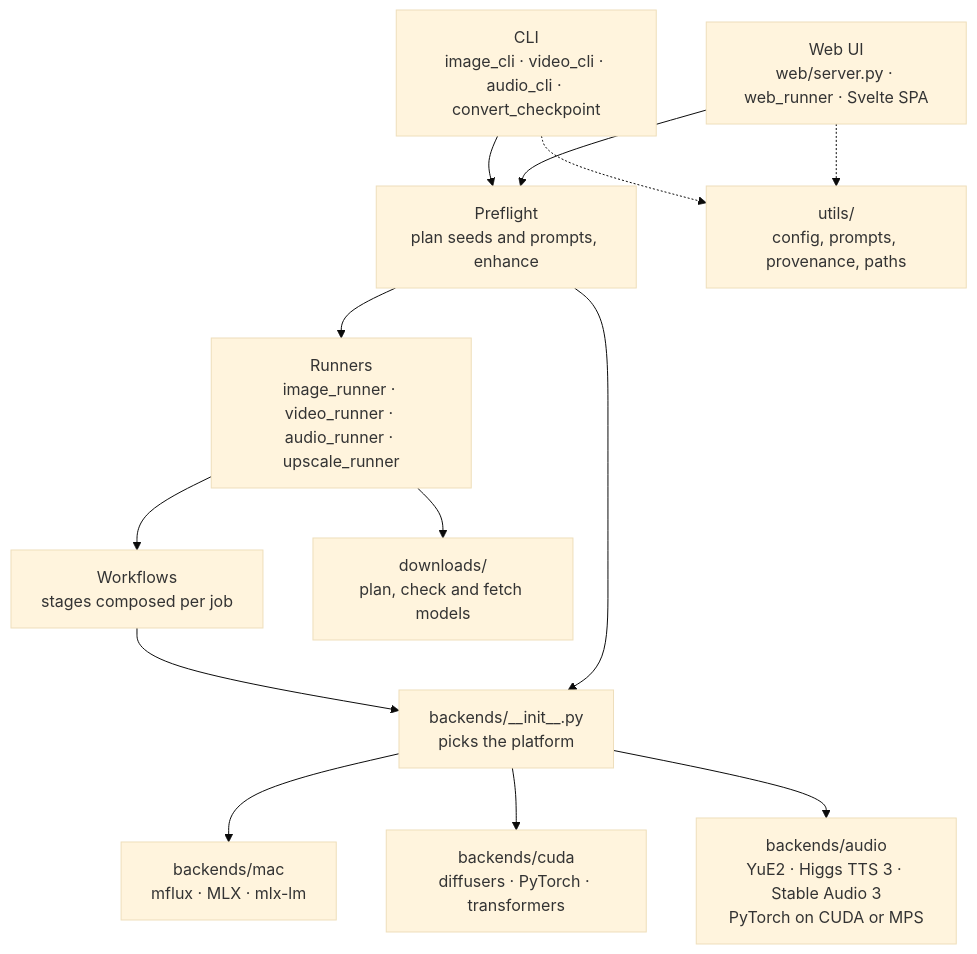
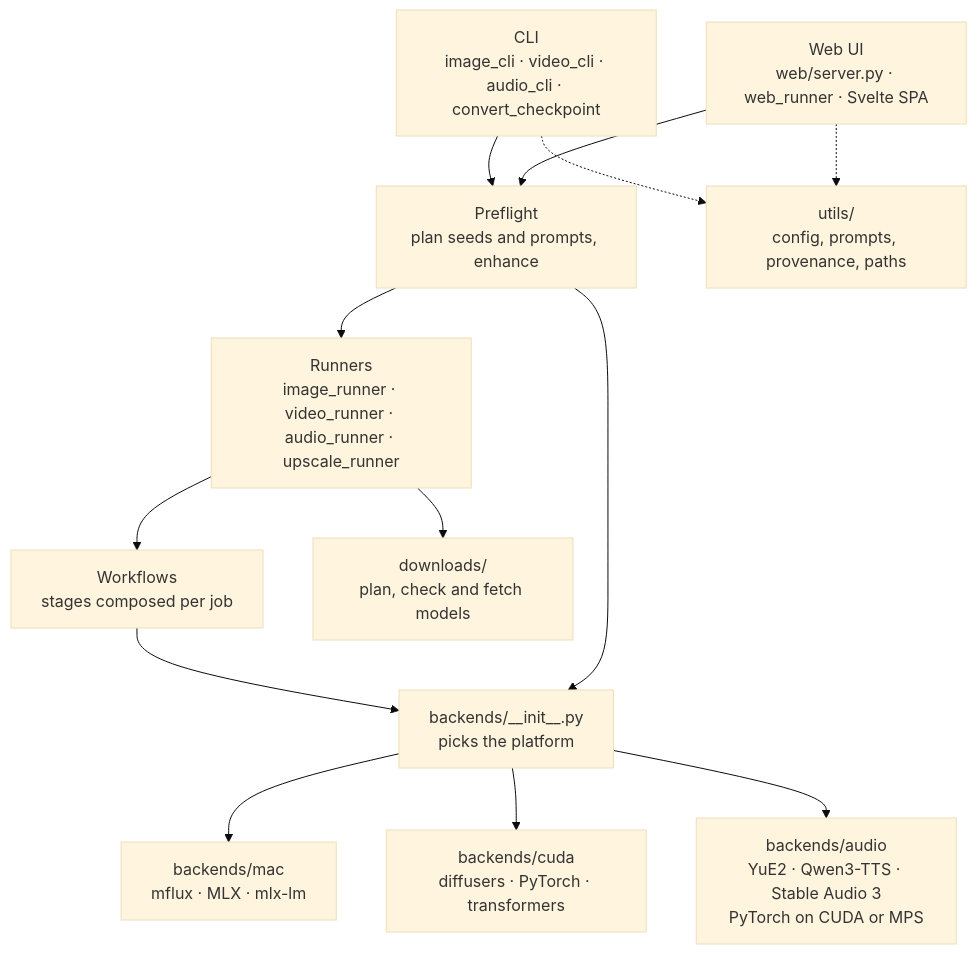
Before and after one commit to knuthelge/ZVisionGenerator: the diagram in docs/developer/architecture.md, drawn with Mermaid (base theme). The commit also changed 323 other files, not shown here.

````diff
--- a/docs/developer/architecture.md
+++ b/docs/developer/architecture.md
@@ -5,27 +5,27 @@
 ```mermaid
 graph TD
   CLI["CLI<br/>image_cli · video_cli · audio_cli · convert_checkpoint"]
   WEB["Web UI<br/>web/server.py · web_runner · Svelte SPA"]
   PRE["Preflight<br/>plan seeds and prompts, enhance"]
   RUN["Runners<br/>image_runner · video_runner · audio_runner · upscale_runner"]
   WF["Workflows<br/>stages composed per job"]
   SEL["backends/__init__.py<br/>picks the platform"]
   MAC["backends/mac<br/>mflux · MLX · mlx-lm"]
   CUDA["backends/cuda<br/>diffusers · PyTorch · transformers"]
-  AUD["backends/audio<br/>YuE2 · Higgs TTS 3 · Stable Audio 3<br/>PyTorch on CUDA or MPS"]
+  AUD["backends/audio<br/>YuE2 · Qwen3-TTS · Stable Audio 3<br/>PyTorch on CUDA or MPS"]
   DL["downloads/<br/>plan, check and fetch models"]
   UT["utils/<br/>config, prompts, provenance, paths"]
 
   CLI --> PRE
   WEB --> PRE
   PRE --> RUN
   RUN --> WF
   WF --> SEL
   PRE --> SEL
   SEL --> MAC
   SEL --> CUDA
   SEL --> AUD
   RUN --> DL
   CLI -.-> UT
   WEB -.-> UT
 ```
````
